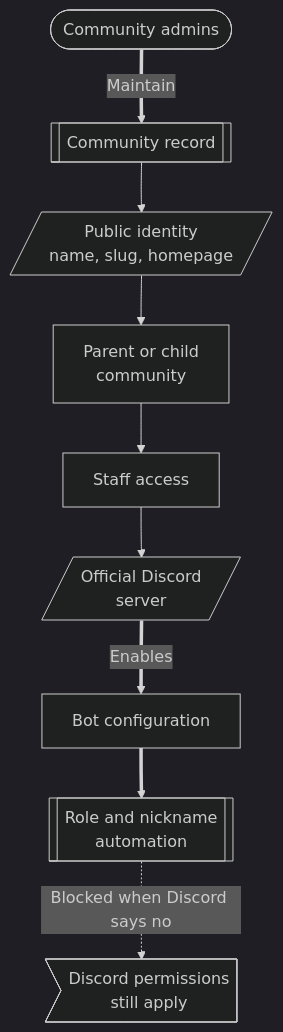
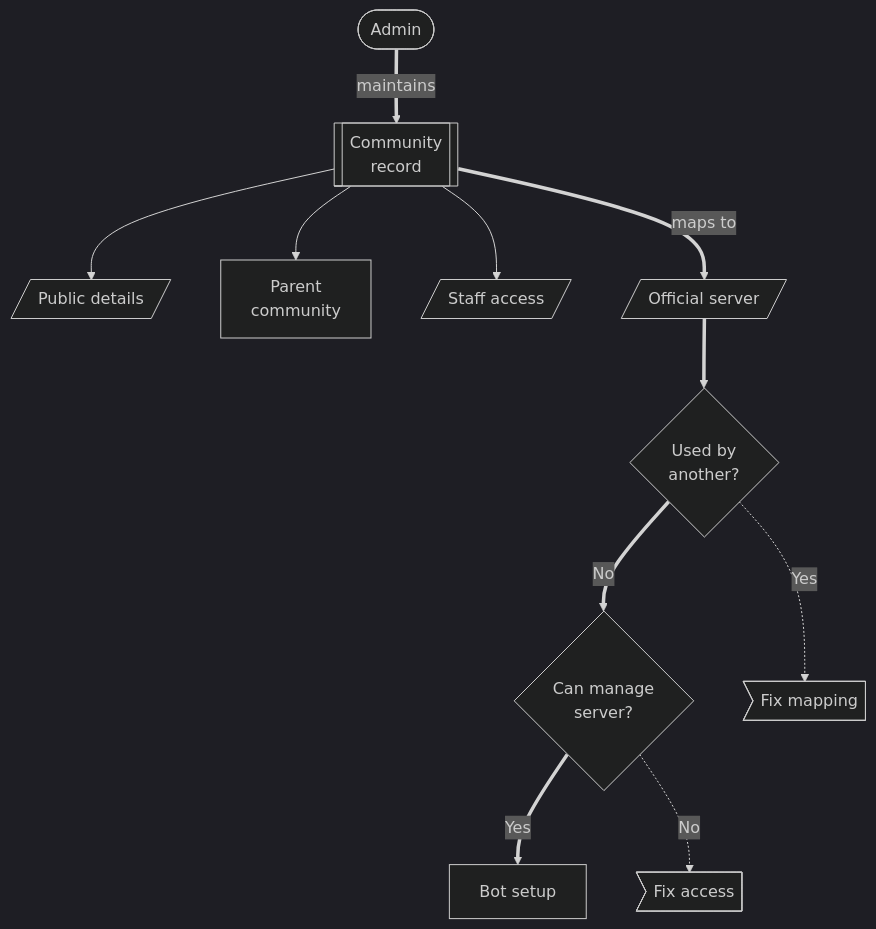
The diagram in docs/community-admins/community-setup.md (ArkanisCorporation/CitizenId-docs), drawn with Mermaid (dark theme) before and after one commit. The commit also changed other lines of this file and 6 other files, not shown here.

Commit message:
docs: refine community admin diagrams

````diff
--- a/docs/community-admins/community-setup.md
+++ b/docs/community-admins/community-setup.md
@@ -19,27 +19,32 @@
 ```mermaid
 flowchart TD
-  admins(["Community admins"])
-  record[["Community record"]]
-  public[/Public identity<br/>name, slug, homepage/]
-  hierarchy["Parent or child<br/>community"]
-  server[/"Official Discord<br/>server"/]
-  bot["Bot configuration"]
-  automation[["Role and nickname<br/>automation"]]
-  staff["Staff access"]
-  discordLimit>Discord permissions<br/>still apply]
+  admin(["Admin"])
+  record[["Community<br/>record"]]
+  details[/Public details/]
+  parent["Parent<br/>community"]
+  staff[/Staff access/]
+  server[/"Official server"/]
+  assigned{"Used by<br/>another?"}
+  canManage{"Can manage<br/>server?"}
+  bot["Bot setup"]
+  fixMap>Fix mapping]
+  fixAccess>Fix access]
 
-  admins ==>|Maintain| record
-  record --> public
-  public --> hierarchy
-  hierarchy --> staff
-  staff --> server
-  server ==>|Enables| bot
-  bot ==> automation
-  automation -. "Blocked when Discord says no" .-> discordLimit
+  admin ==>|maintains| record
+  record --> details
+  record --> parent
+  record --> staff
+  record ==>|maps to| server
+  server ==> assigned
+  assigned ==>|No| canManage
+  assigned -. "Yes" .-> fixMap
+  canManage ==>|Yes| bot
+  canManage -. "No" .-> fixAccess
 
-  class admins actor;
-  class record,automation service;
-  class public data;
-  class hierarchy,server,bot,staff context;
-  class discordLimit caution;
+  class admin actor;
+  class record service;
+  class details,staff data;
+  class parent,server,bot context;
+  class assigned,canManage decision;
+  class fixMap,fixAccess caution;
 ```
````
